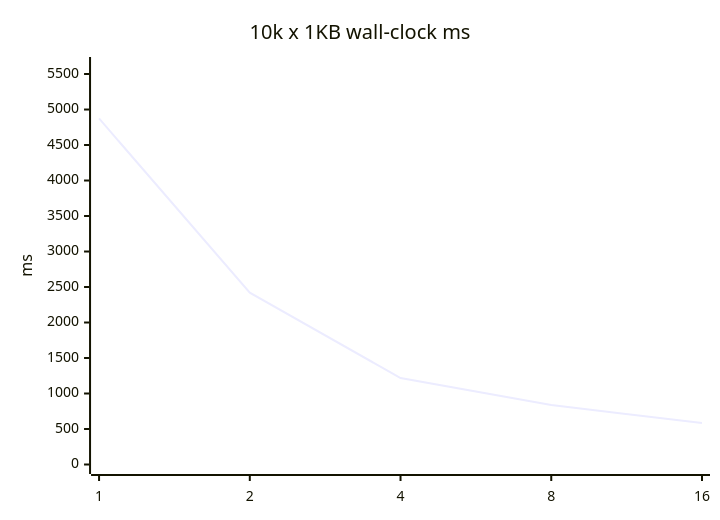
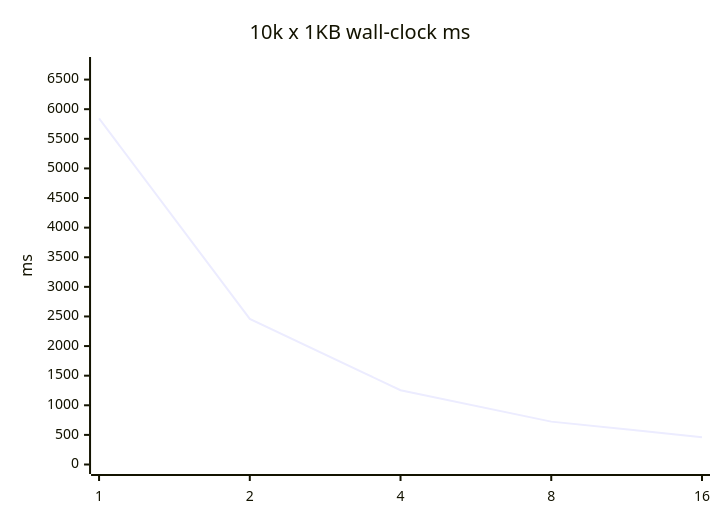
Before and after one commit to Baker4real/unified-env: the first of 3 diagrams in reports/safe-tree-delete-parallelism-benchmark-20260819/REPORT.md, drawn with Mermaid. The commit also changed other lines of this file and 1191 other files, not shown here.

````diff
--- a/reports/safe-tree-delete-parallelism-benchmark-20260819/REPORT.md
+++ b/reports/safe-tree-delete-parallelism-benchmark-20260819/REPORT.md
@@ -37,7 +37,7 @@
 ```mermaid
 xychart-beta
     title "10k x 1KB wall-clock ms"
     x-axis [1, 2, 4, 8, 16]
-    y-axis "ms" 0 --> 5606
-    line [4874, 2421, 1218, 838, 585]
+    y-axis "ms" 0 --> 6721
+    line [5844, 2458, 1254, 724, 462]
 ```
````
